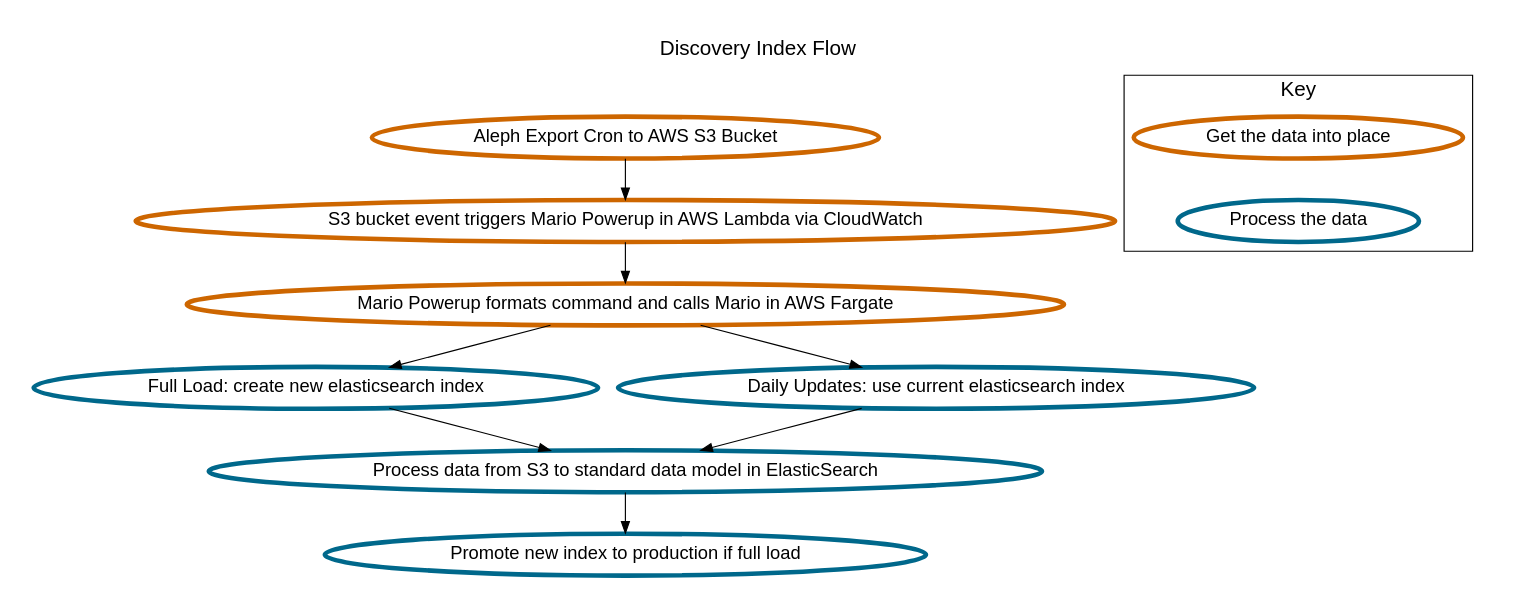
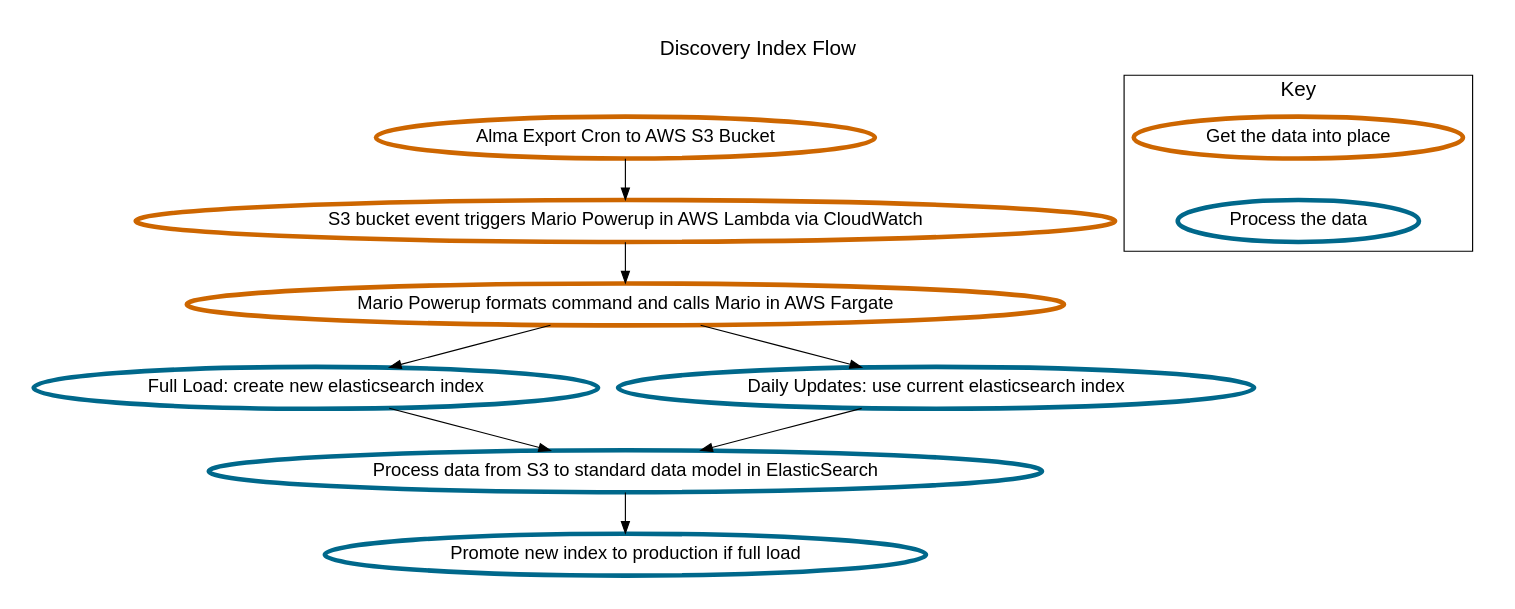
The diagram in docs/charts/dip_architecture.dot (MITLibraries/mario), drawn with Graphviz before and after one commit. The commit also changed 6 other files, not shown here.

```diff
--- a/docs/charts/dip_architecture.dot
+++ b/docs/charts/dip_architecture.dot
@@ -1,37 +1,37 @@
 // dot docs/charts/dip_architecture.dot -Tpng > docs/charts/dip_architecture.png
 // requires installation of GraphViz (brew install graphviz, or
 // http://www.graphviz.org/Download..php if that doesn't work)
 
 digraph G {
   label="Discovery Index Flow";
   labelloc=t;
   fontname=helvetica;
   fontsize=18;
   node [style=filled, fontname=helvetica, fillcolor=white, penwidth=4, fontsize=16];
   pad=0.3;
 
-  aleph[label="Aleph Export Cron to AWS S3 Bucket", color=DarkOrange3]
+  alma[label="Alma Export Cron to AWS S3 Bucket", color=DarkOrange3]
   s3Event[label="S3 bucket event triggers Mario Powerup in AWS Lambda via CloudWatch", color=DarkOrange3]
   lambda[label="Mario Powerup formats command and calls Mario in AWS Fargate", color=DarkOrange3]
   fullLoad[label="Full Load: create new elasticsearch index", color=DeepSkyBlue4]
   dailyLoad[label="Daily Updates: use current elasticsearch index", color=DeepSkyBlue4]
   process[label="Process data from S3 to standard data model in ElasticSearch", color=DeepSkyBlue4]
   updateAlias[label="Promote new index to production if full load", color=DeepSkyBlue4]
 
-  aleph -> s3Event
+  alma -> s3Event
   s3Event -> lambda
   lambda -> fullLoad
   lambda -> dailyLoad
   dailyLoad -> process
   fullLoad -> process
   process -> updateAlias
 
   subgraph clusterLegend {
     label="Key";
     {
      k2[label="Process the data", color=DeepSkyBlue4];
      k1[label="Get the data into place", color=darkorange3];
      k1 -> k2 [style=invis]
      }
   }
 }
```
